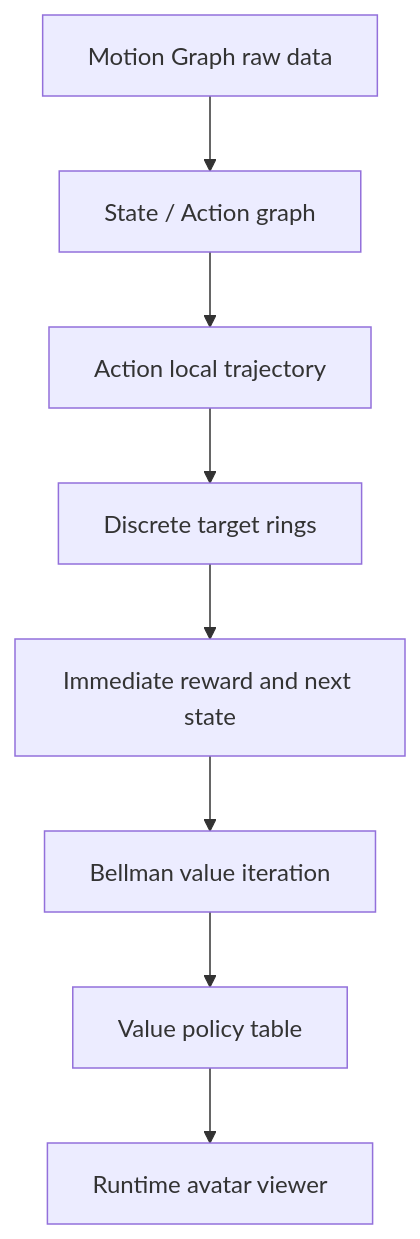
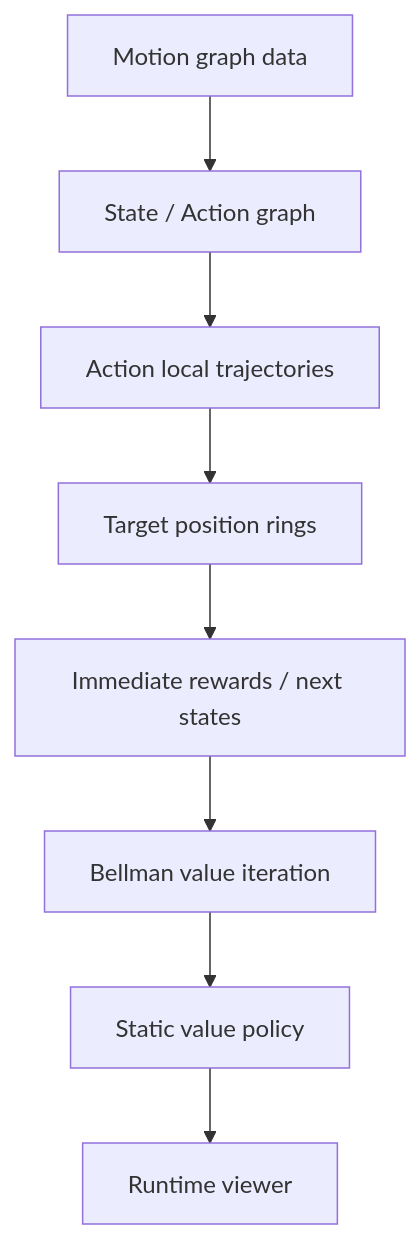
The first of 6 diagrams in docs/blog/AnimationPapers/precomputing_avatar_behavior/README.md (EvihGraphics/AnimationTech-HTC), drawn with Mermaid before and after one commit. The commit also changed other lines of this file and 21 other files, not shown here.

````diff
--- a/docs/blog/AnimationPapers/precomputing_avatar_behavior/README.md
+++ b/docs/blog/AnimationPapers/precomputing_avatar_behavior/README.md
@@ -29,10 +27,10 @@
 ```mermaid
 flowchart TD
-    A[Motion Graph raw data] --> B[State / Action graph]
-    B --> C[Action local trajectory]
-    C --> D[Discrete target rings]
-    D --> E[Immediate reward and next state]
+    A[Motion graph data] --> B[State / Action graph]
+    B --> C[Action local trajectories]
+    C --> D[Target position rings]
+    D --> E[Immediate rewards / next states]
     E --> F[Bellman value iteration]
-    F --> G[Value policy table]
-    G --> H[Runtime avatar viewer]
+    F --> G[Static value policy]
+    G --> H[Runtime viewer]
 ```
````
